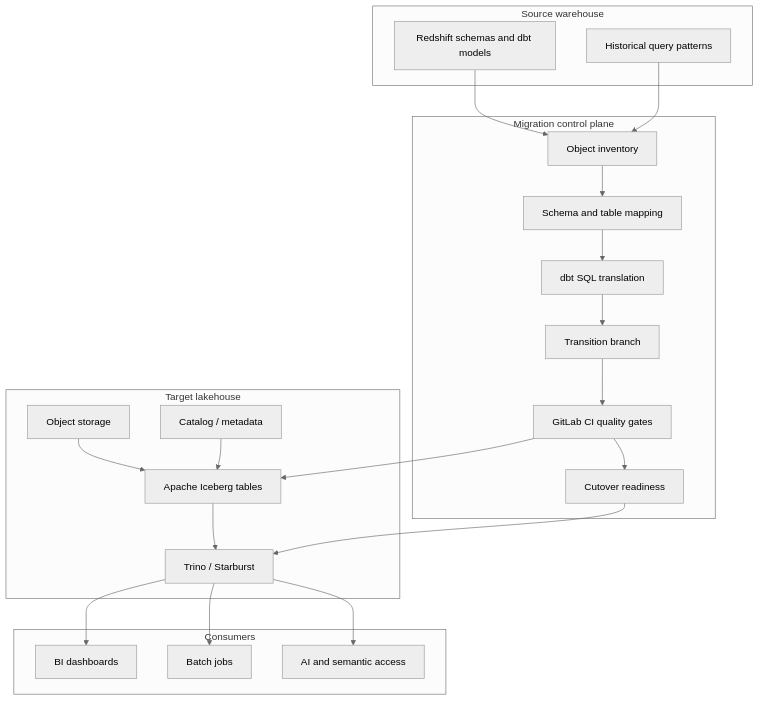
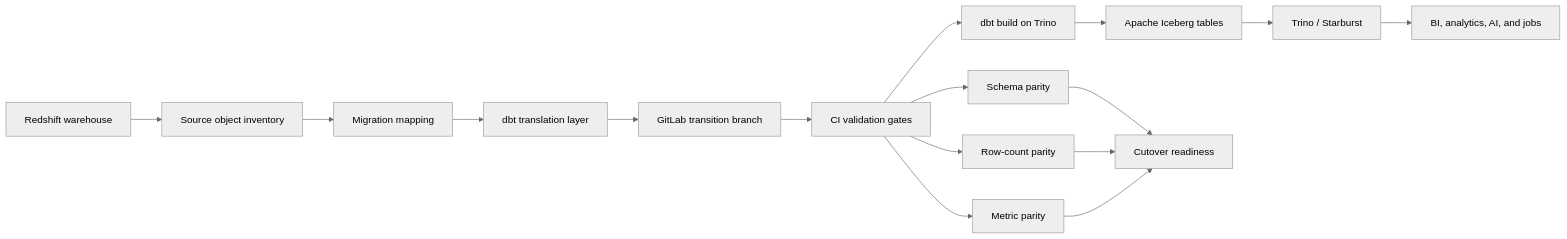
One commit to dymytryo/warehouse-to-lakehouse-migration changed the diagram in README.md. Above: the diagram before and after it, drawn with Mermaid (neutral theme). The commit also changed other lines of this file and 2 other files, not shown here.

Commit message:
Fold architecture diagram into README

````diff
--- a/README.md
+++ b/README.md
@@ -48,45 +45,19 @@
 ```mermaid
-flowchart TB
-    subgraph Source["Source warehouse"]
-        RS[Redshift schemas and dbt models]
-        RSQ[Historical query patterns]
-    end
+flowchart LR
+    A[Redshift warehouse] --> B[Source object inventory]
+    B --> C[Migration mapping]
+    C --> D[dbt translation layer]
+    D --> E[GitLab transition branch]
+    E --> F[CI validation gates]
+    F --> G[dbt build on Trino]
+    G --> H[Apache Iceberg tables]
+    H --> I[Trino / Starburst]
+    I --> J[BI, analytics, AI, and jobs]
 
-    subgraph Migration["Migration control plane"]
-        INV[Object inventory]
-        MAP[Schema and table mapping]
-        TRANS[dbt SQL translation]
-        BRANCH[Transition branch]
-        CI[GitLab CI quality gates]
-        READY[Cutover readiness]
-    end
-
-    subgraph Lakehouse["Target lakehouse"]
-        S3[Object storage]
-        ICE[Apache Iceberg tables]
-        CAT[Catalog / metadata]
-        TRINO[Trino / Starburst]
-    end
-
-    subgraph Consumers["Consumers"]
-        BI[BI dashboards]
-        JOBS[Batch jobs]
-        AI[AI and semantic access]
-    end
-
-    RS --> INV
-    RSQ --> INV
-    INV --> MAP
-    MAP --> TRANS
-    TRANS --> BRANCH
-    BRANCH --> CI
-    CI --> ICE
-    S3 --> ICE
-    CAT --> ICE
-    ICE --> TRINO
-    TRINO --> BI
-    TRINO --> JOBS
-    TRINO --> AI
-    CI --> READY
-    READY --> TRINO
+    F --> K[Schema parity]
+    F --> L[Row-count parity]
+    F --> M[Metric parity]
+    K --> N[Cutover readiness]
+    L --> N
+    M --> N
 ```
````
